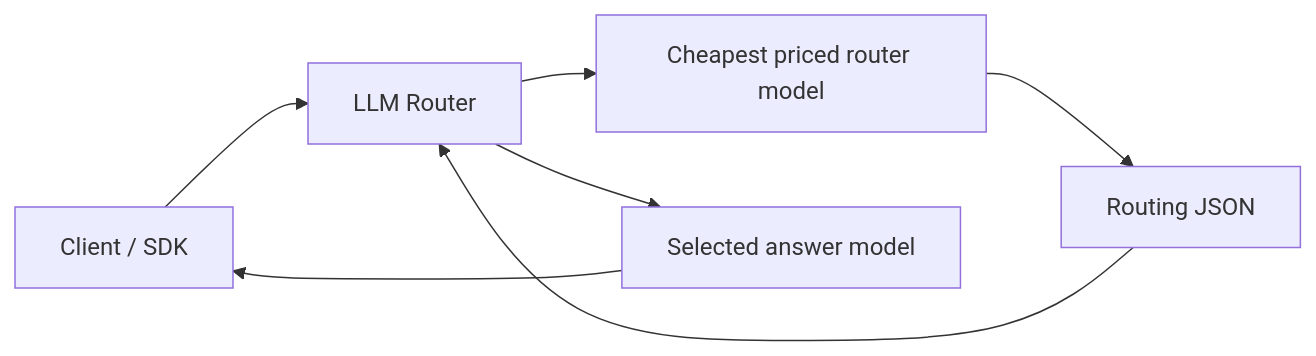
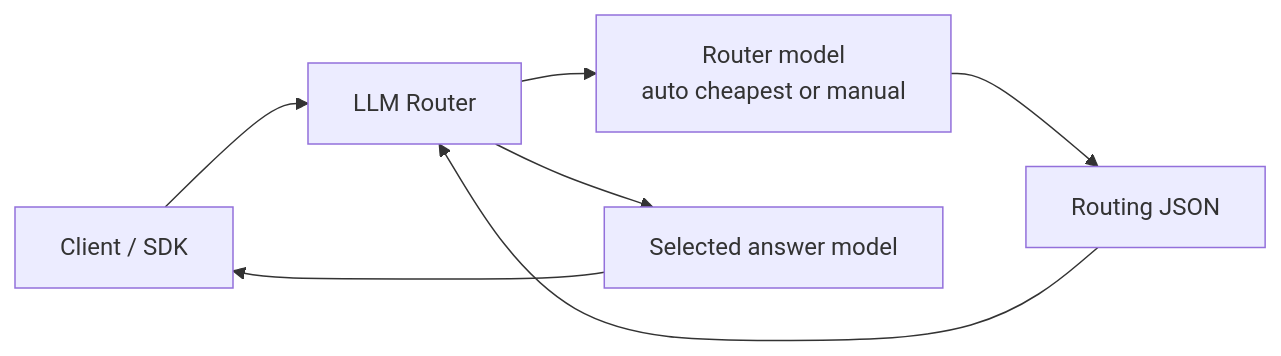
The diagram in README.md (study8677/llm-router), drawn with Mermaid before and after one commit. The commit also changed other lines of this file and 15 other files, not shown here.

````diff
--- a/README.md
+++ b/README.md
@@ -87,9 +95,9 @@
 ```mermaid
 flowchart LR
   Client["Client / SDK"] --> Router["LLM Router"]
-  Router --> RouteModel["Cheapest priced router model"]
+  Router --> RouteModel["Router model<br/>auto cheapest or manual"]
   RouteModel --> Decision["Routing JSON"]
   Decision --> Router
   Router --> AnswerModel["Selected answer model"]
   AnswerModel --> Client
 ```
````
